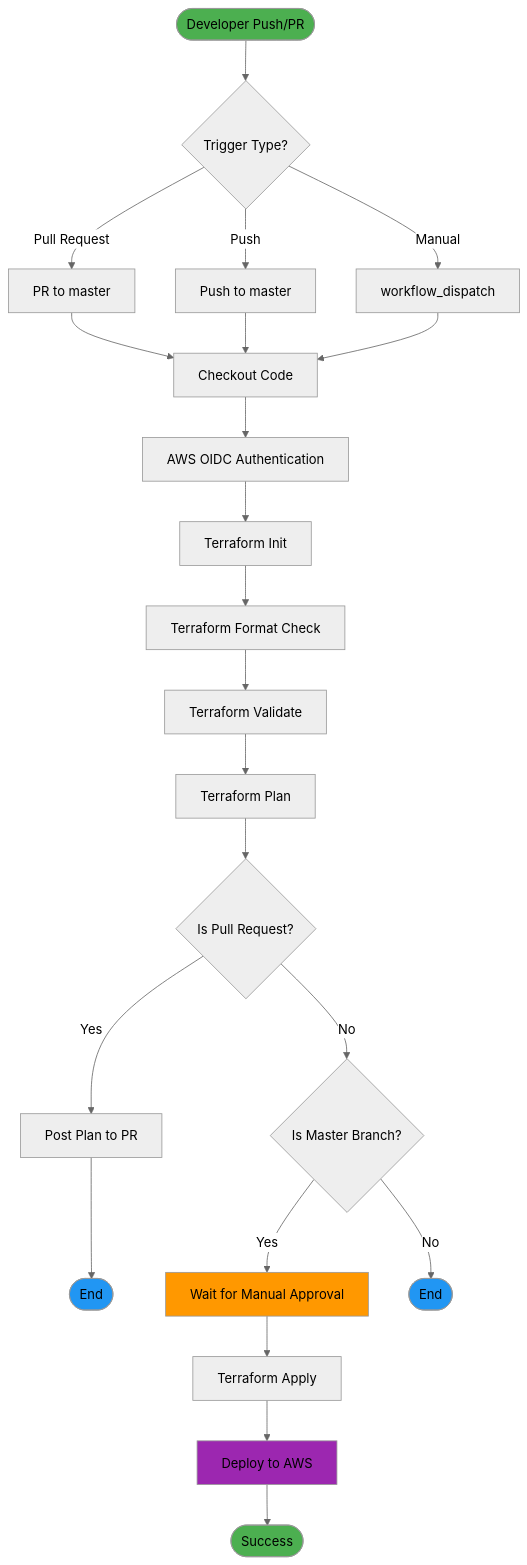
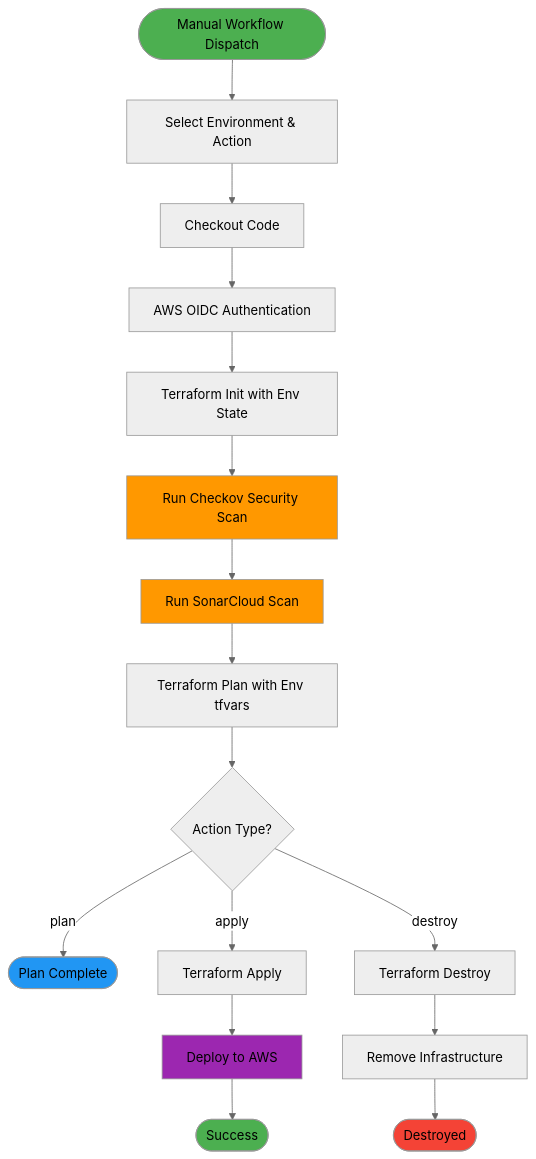
One commit to vegatros/repo1 changed the second of 13 diagrams in DIAGRAMS.md. Above: the diagram before and after it, drawn with Mermaid (neutral theme). The commit also changed other lines of this file, not shown here.

Commit message:
Update DIAGRAMS.md to reflect latest workflow changes

````diff
--- a/DIAGRAMS.md
+++ b/DIAGRAMS.md
@@ -58,37 +57,30 @@
 ```mermaid
 flowchart TD
-    Start([Developer Push/PR]) --> Trigger{Trigger Type?}
+    Start([Manual Workflow Dispatch]) --> Select[Select Environment & Action]
     
-    Trigger -->|Pull Request| PR[PR to master]
-    Trigger -->|Push| Push[Push to master]
-    Trigger -->|Manual| Manual[workflow_dispatch]
+    Select --> Checkout[Checkout Code]
+    Checkout --> Auth[AWS OIDC Authentication]
+    Auth --> Init[Terraform Init with Env State]
+    Init --> Scan1[Run Checkov Security Scan]
+    Scan1 --> Scan2[Run SonarCloud Scan]
+    Scan2 --> Plan[Terraform Plan with Env tfvars]
     
-    PR --> Checkout[Checkout Code]
-    Push --> Checkout
-    Manual --> Checkout
+    Plan --> Action{Action Type?}
+    Action -->|plan| End1([Plan Complete])
+    Action -->|apply| Apply[Terraform Apply]
+    Action -->|destroy| Destroy[Terraform Destroy]
     
-    Checkout --> Auth[AWS OIDC Authentication]
-    Auth --> Init[Terraform Init]
-    Init --> Format[Terraform Format Check]
-    Format --> Validate[Terraform Validate]
-    Validate --> Plan[Terraform Plan]
+    Apply --> Deploy[Deploy to AWS]
+    Deploy --> End2([Success])
     
-    Plan --> IsPR{Is Pull Request?}
-    IsPR -->|Yes| Comment[Post Plan to PR]
-    IsPR -->|No| IsMaster{Is Master Branch?}
-    Comment --> End1([End])
-    
-    IsMaster -->|Yes| Approval[Wait for Manual Approval]
-    IsMaster -->|No| End2([End])
-    
-    Approval --> Apply[Terraform Apply]
-    Apply --> Deploy[Deploy to AWS]
-    Deploy --> End3([Success])
+    Destroy --> Remove[Remove Infrastructure]
+    Remove --> End3([Destroyed])
     
     style Start fill:#4caf50
     style End1 fill:#2196f3
-    style End2 fill:#2196f3
-    style End3 fill:#4caf50
-    style Approval fill:#ff9800
+    style End2 fill:#4caf50
+    style End3 fill:#f44336
     style Deploy fill:#9c27b0
+    style Scan1 fill:#ff9800
+    style Scan2 fill:#ff9800
 ```
````
